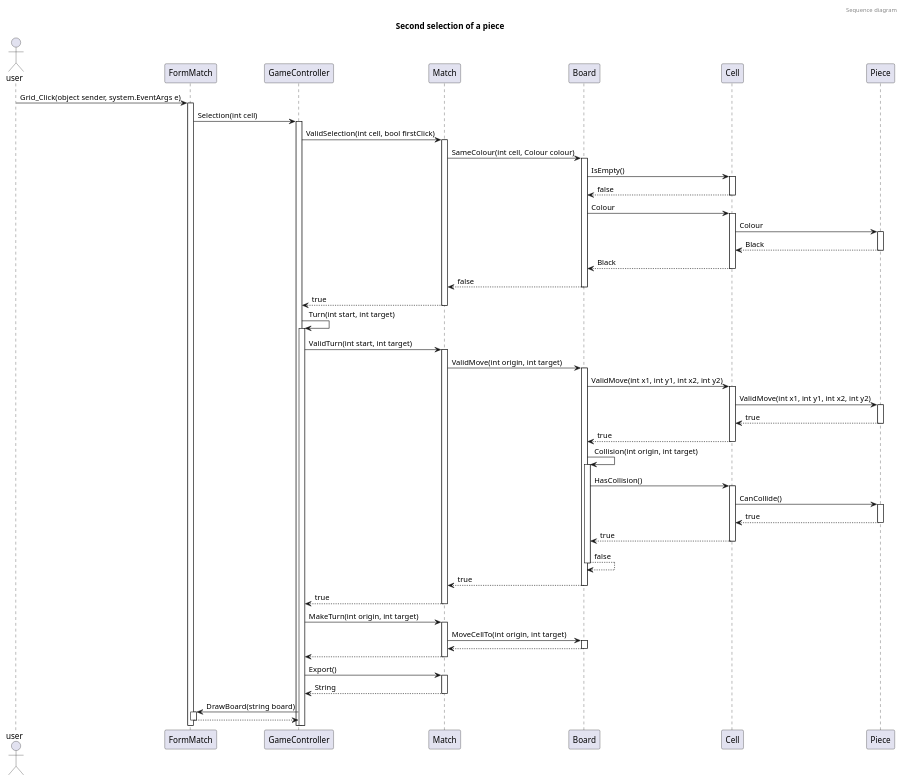
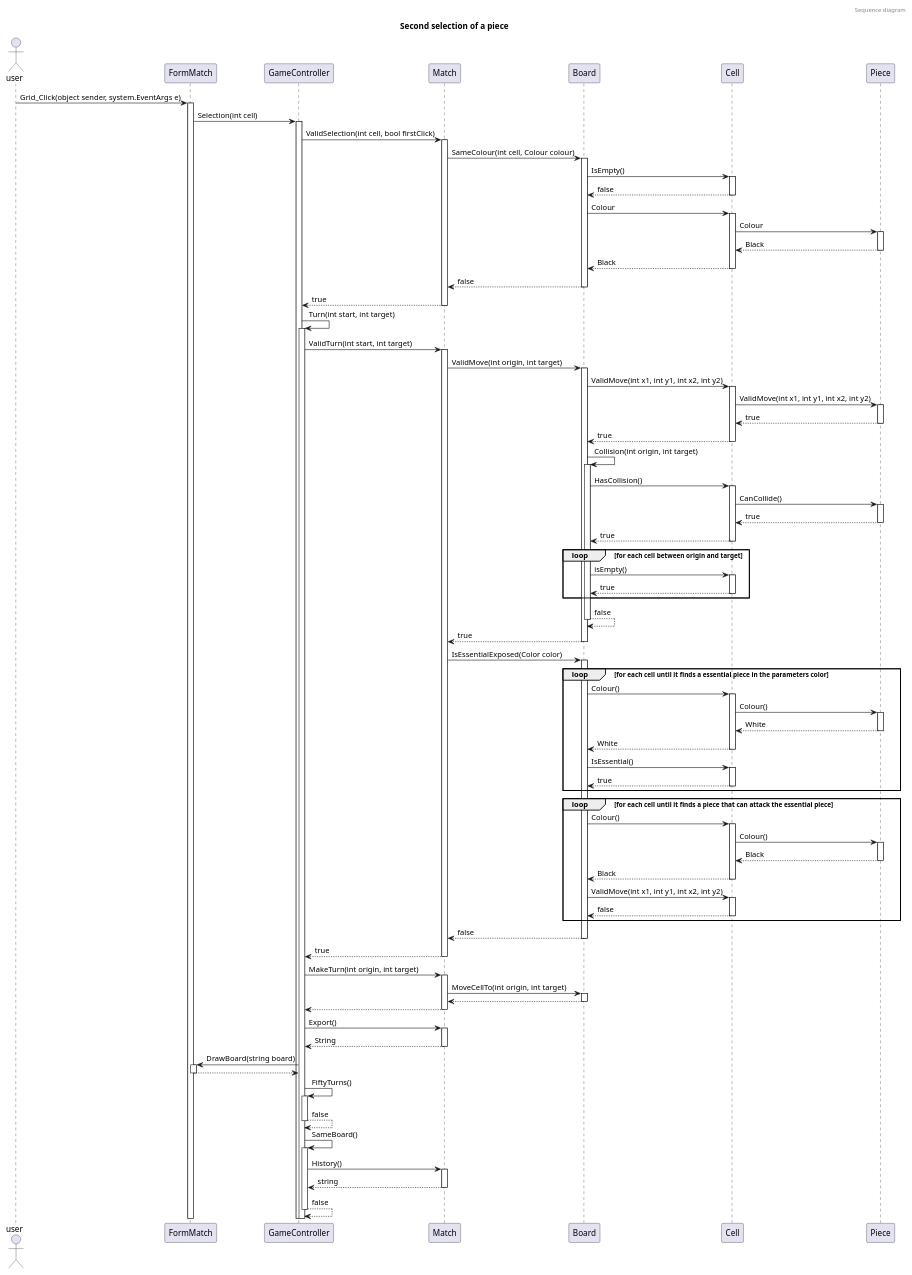
The diagram in Diagrams/Sequences/SecondClick.puml (darkhappy/chess), drawn with PlantUML before and after one commit.

Commit message:
Add self check, collision FiftyTurn and Sameboard

```diff
--- a/Diagrams/Sequences/SecondClick.puml
+++ b/Diagrams/Sequences/SecondClick.puml
@@ -1,59 +1,100 @@
 @startuml first_sequence
 
 header Sequence diagram
 
 title Second selection of a piece 
 
 actor user
 
 '---------'Check if is not the same colour---------'
 user -> FormMatch ++ : Grid_Click(object sender, system.EventArgs e)
 FormMatch -> GameController ++ : Selection(int cell)
 
 GameController -> Match ++: ValidSelection(int cell, bool firstClick)
 
 Match -> Board ++: SameColour(int cell, Colour colour)
 Board -> Cell ++: IsEmpty()
 return false
 
 Board -> Cell ++: Colour
 Cell -> Piece ++: Colour
 return Black
 return Black
 return false
 return true
 
 '---------Check if turn is valid---------'
 GameController -> GameController ++: Turn(int start, int target)
 GameController -> Match ++: ValidTurn(int start, int target)
 
 'Check if move is valid
 Match -> Board ++: ValidMove(int origin, int target)
 Board -> Cell ++: ValidMove(int x1, int y1, int x2, int y2)
 Cell -> Piece ++: ValidMove(int x1, int y1, int x2, int y2)
 return true
 return true
 
 'Check if there are a collision
 Board -> Board ++: Collision(int origin, int target)
 Board -> Cell ++: HasCollision()
 Cell -> Piece ++: CanCollide()
 return true
 return true
+loop for each cell between origin and target
+    Board -> Cell ++: isEmpty()
+    return true
+end
 return false
 return true
+
+'Check Selfcheck
+Match -> Board ++: IsEssentialExposed(Color color)
+
+loop for each cell until it finds a essential piece in the parameters color
+    Board -> Cell ++: Colour()
+    Cell -> Piece ++: Colour()
+    return White
+    return White
+    Board -> Cell ++: IsEssential()
+    return true
+end
+
+loop for each cell until it finds a piece that can attack the essential piece
+    Board -> Cell ++: Colour()
+    Cell -> Piece ++: Colour()
+    return Black
+    return Black
+    Board -> Cell ++: ValidMove(int x1, int y1, int x2, int y2)
+    return false
+end
+
+return false
 return true
+
 
 'Make the turn (Modals)
 GameController -> Match ++: MakeTurn(int origin, int target)
 Match -> Board ++: MoveCellTo(int origin, int target)
 return
 return
 
 'Make the turn (Views)
 GameController -> Match ++: Export()
 return String
 GameController -> FormMatch ++: DrawBoard(string board)
 return
 
+GameController -> GameController ++: FiftyTurns()
+return false
+
+GameController -> GameController ++: SameBoard()
+GameController -> Match ++: History()
+return string
+return false
+
+'TODO Check
+'TODO Checkmate
+'TODO Castle
+'TODO Promotion
+
 @enduml
```
